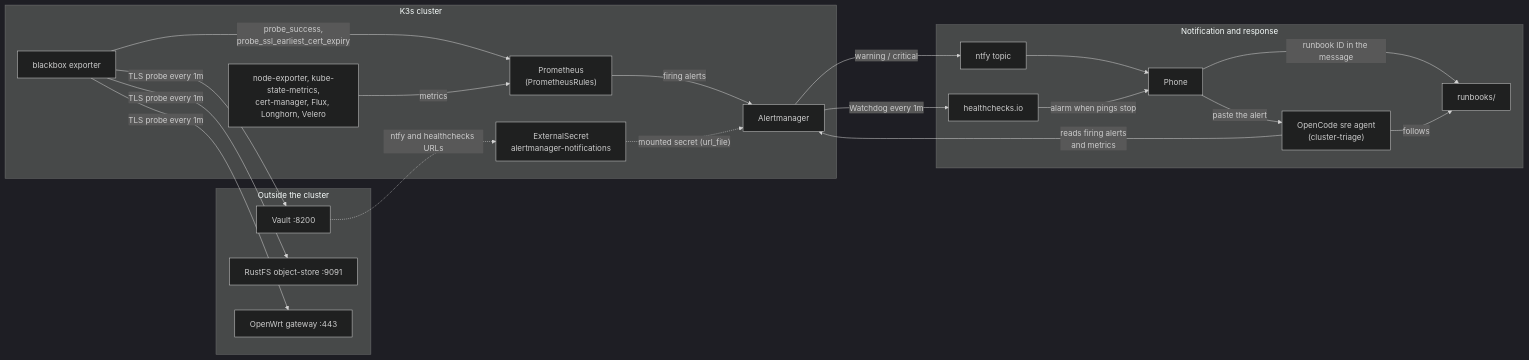
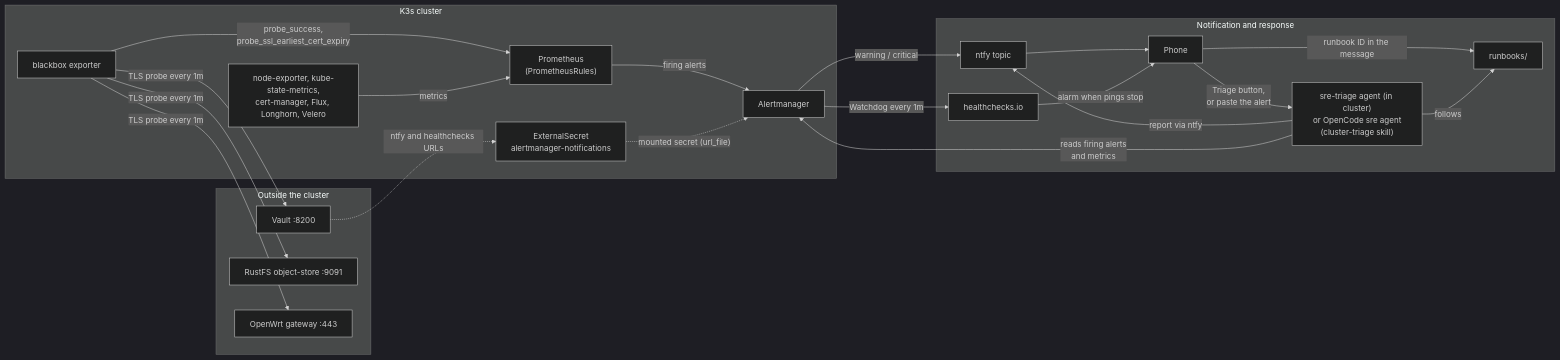
One commit to marmila/picluster changed the first of 2 diagrams in homelab-docs/alerting.md. Above: the diagram before and after it, drawn with Mermaid (dark theme). The commit also changed other lines of this file and 6 other files, not shown here.

Commit message:
docs(triage): phase 5 - OBS-006 runbook, skill sees node1 disks and Velero, agent docs live

````diff
--- a/homelab-docs/alerting.md
+++ b/homelab-docs/alerting.md
@@ -23,41 +23,42 @@
 ```mermaid
 flowchart LR
   subgraph external["Outside the cluster"]
     vault["Vault :8200"]
     s3["RustFS object-store :9091"]
     gw["OpenWrt gateway :443"]
   end
 
   subgraph cluster["K3s cluster"]
     bb["blackbox exporter"]
     exporters["node-exporter, kube-state-metrics,<br/>cert-manager, Flux, Longhorn, Velero"]
     prom["Prometheus<br/>(PrometheusRules)"]
     am["Alertmanager"]
     es["ExternalSecret<br/>alertmanager-notifications"]
   end
 
   subgraph people["Notification and response"]
     ntfy["ntfy topic"]
     hc["healthchecks.io"]
     phone["Phone"]
     rb["runbooks/"]
-    agent["OpenCode sre agent<br/>(cluster-triage)"]
+    agent["sre-triage agent (in cluster)<br/>or OpenCode sre agent<br/>(cluster-triage skill)"]
   end
 
   bb -- "TLS probe every 1m" --> vault
   bb -- "TLS probe every 1m" --> s3
   bb -- "TLS probe every 1m" --> gw
   bb -- "probe_success,<br/>probe_ssl_earliest_cert_expiry" --> prom
   exporters -- "metrics" --> prom
   prom -- "firing alerts" --> am
   vault -. "ntfy and healthchecks URLs" .-> es
   es -. "mounted secret (url_file)" .-> am
   am -- "warning / critical" --> ntfy
   am -- "Watchdog every 1m" --> hc
   ntfy --> phone
   hc -- "alarm when pings stop" --> phone
   phone -- "runbook ID in the message" --> rb
-  phone -- "paste the alert" --> agent
+  phone -- "Triage button,<br/>or paste the alert" --> agent
+  agent -- "report via ntfy" --> ntfy
   agent -- "reads firing alerts<br/>and metrics" --> am
   agent -- "follows" --> rb
 ```
````
